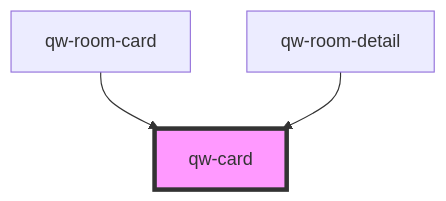
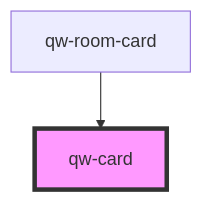
Before and after one commit to qwentes-team/qw-hotels: the diagram in src/components/shared/qw-card/readme.md, drawn with Mermaid. The commit also changed other lines of this file and 18 other files, not shown here.

````diff
--- a/src/components/shared/qw-card/readme.md
+++ b/src/components/shared/qw-card/readme.md
@@ -16,6 +15,5 @@
 ```mermaid
 graph TD;
   qw-room-card --> qw-card
-  qw-room-detail --> qw-card
   style qw-card fill:#f9f,stroke:#333,stroke-width:4px
 ```
````
